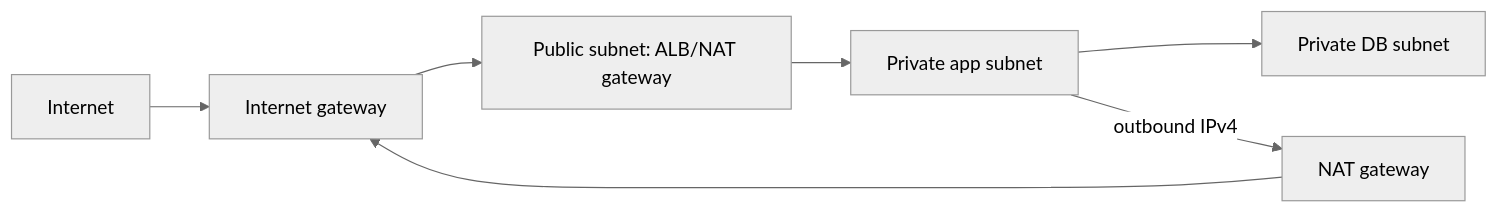
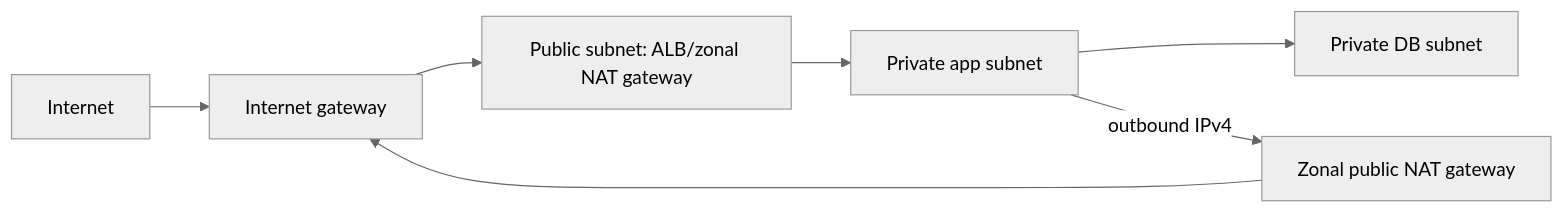
The diagram in src/content/notes/networking/vpc.md (Adrian1845/AWSQuiz), drawn with Mermaid (neutral theme) before and after one commit. The commit also changed other lines of this file and 4 other files, not shown here.

````diff
--- a/src/content/notes/networking/vpc.md
+++ b/src/content/notes/networking/vpc.md
@@ -33,9 +62,9 @@
 ```mermaid
 flowchart LR
   I[Internet] --> IGW[Internet gateway]
-  IGW --> Pub[Public subnet: ALB/NAT gateway]
+  IGW --> Pub[Public subnet: ALB/zonal NAT gateway]
   Pub --> App[Private app subnet]
   App --> DB[Private DB subnet]
-  App -->|outbound IPv4| NAT[NAT gateway]
+  App -->|outbound IPv4| NAT[Zonal public NAT gateway]
   NAT --> IGW
 ```
````
